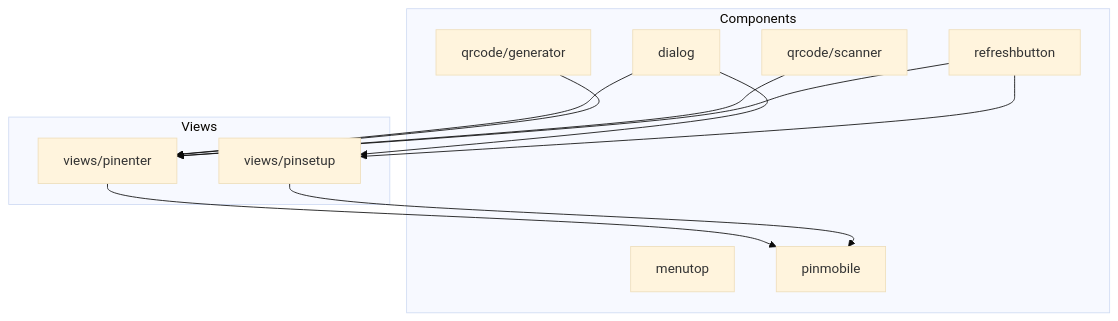
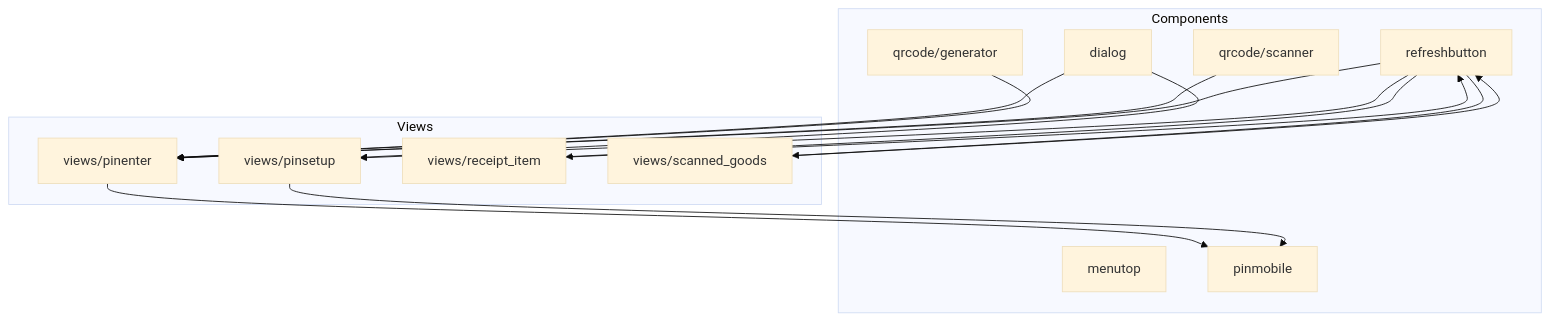
One commit to weiserman/ahm-gr-scanner-light-mode changed the first of 5 diagrams in .qoder/repowiki/en/content/UI Components/UI Components.md. Above: the diagram before and after it, drawn with Mermaid (base theme). The commit also changed other lines of this file and 6 other files, not shown here.

````diff
--- a/.qoder/repowiki/en/content/UI Components/UI Components.md
+++ b/.qoder/repowiki/en/content/UI Components/UI Components.md
@@ -42,23 +52,29 @@
 ```mermaid
 graph TB
 subgraph "Components"
 D["dialog"]
 M["menutop"]
 P["pinmobile"]
 QG["qrcode/generator"]
 QS["qrcode/scanner"]
 R["refreshbutton"]
 end
 subgraph "Views"
 VPE["views/pinenter"]
 VPS["views/pinsetup"]
+VRI["views/receipt_item"]
+VSG["views/scanned_goods"]
 end
 VPE --> P
 VPS --> P
+VRI --> R
+VSG --> R
 D --> VPE
 D --> VPS
 QG --> VPE
 QS --> VPE
 R --> VPE
 R --> VPS
+R --> VRI
+R --> VSG
 ```
````
